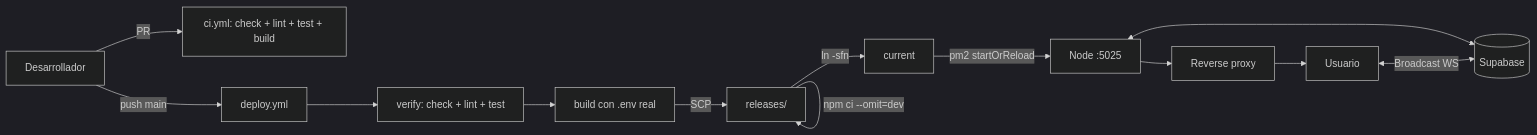
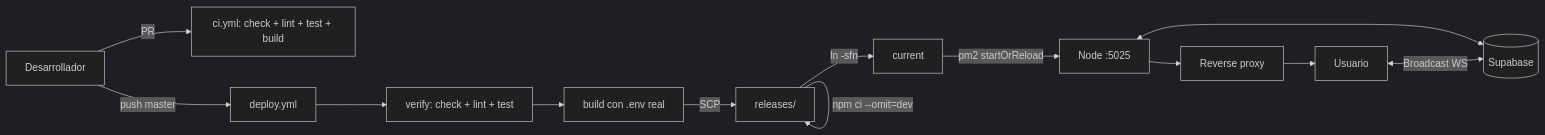
Before and after one commit to GallardoNr1/gallardo-crowdfunding: the diagram in docs/INFRA.md, drawn with Mermaid (dark theme). The commit also changed other lines of this file and 1 other file, not shown here.

Commit message:
fix(ci): disparar el deploy en master, la rama por defecto del repo

````diff
--- a/docs/INFRA.md
+++ b/docs/INFRA.md
@@ -68,14 +68,14 @@
 ```mermaid
 graph LR
     Dev[Desarrollador] -->|PR| CI[ci.yml: check + lint + test + build]
-    Dev -->|push main| GH[deploy.yml]
+    Dev -->|push master| GH[deploy.yml]
     GH --> Verify[verify: check + lint + test]
     Verify --> Build[build con .env real]
     Build -->|SCP| Rel["releases/<sha>"]
     Rel -->|npm ci --omit=dev| Rel
     Rel -->|ln -sfn| Cur[current]
     Cur -->|pm2 startOrReload| Node[Node :5025]
     Node --> Nginx[Reverse proxy] --> User[Usuario]
     Node <--> Supabase[(Supabase)]
     User <-->|Broadcast WS| Supabase
 ```
````
